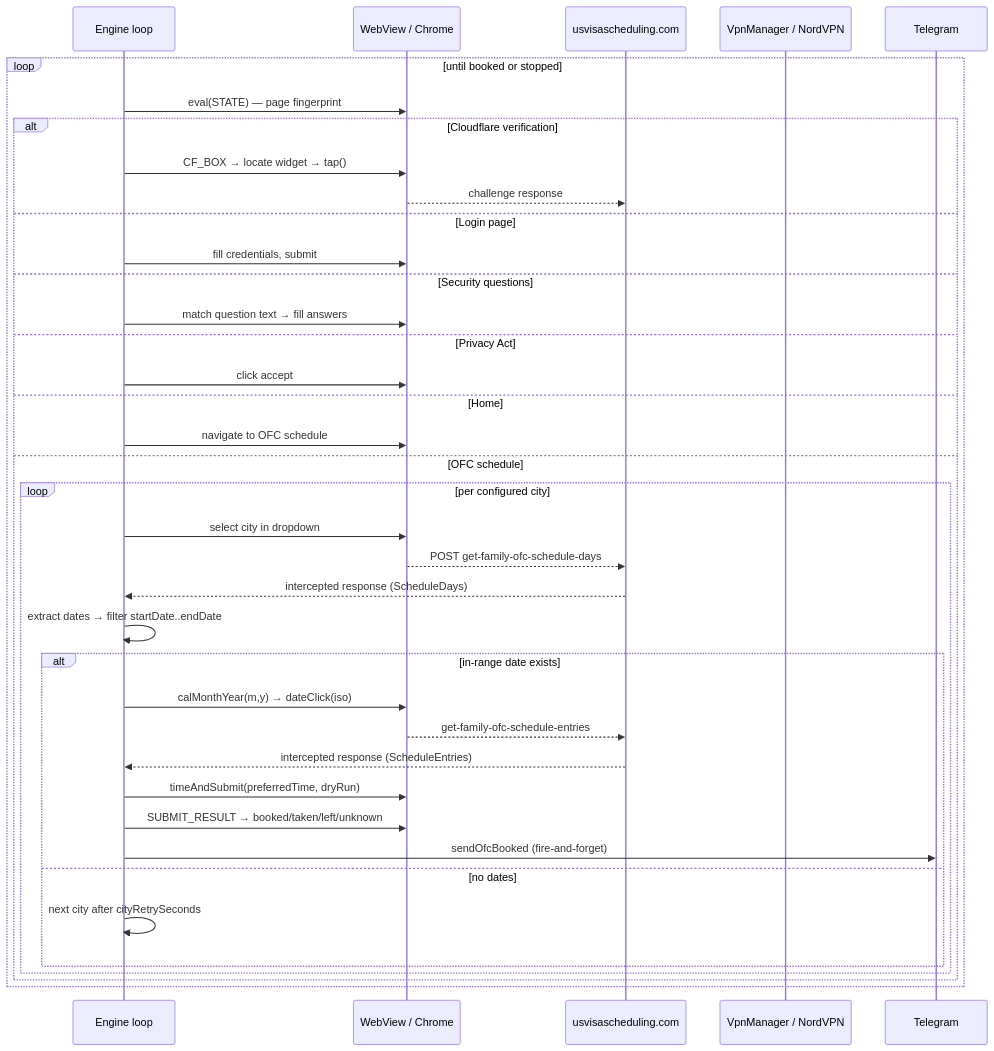
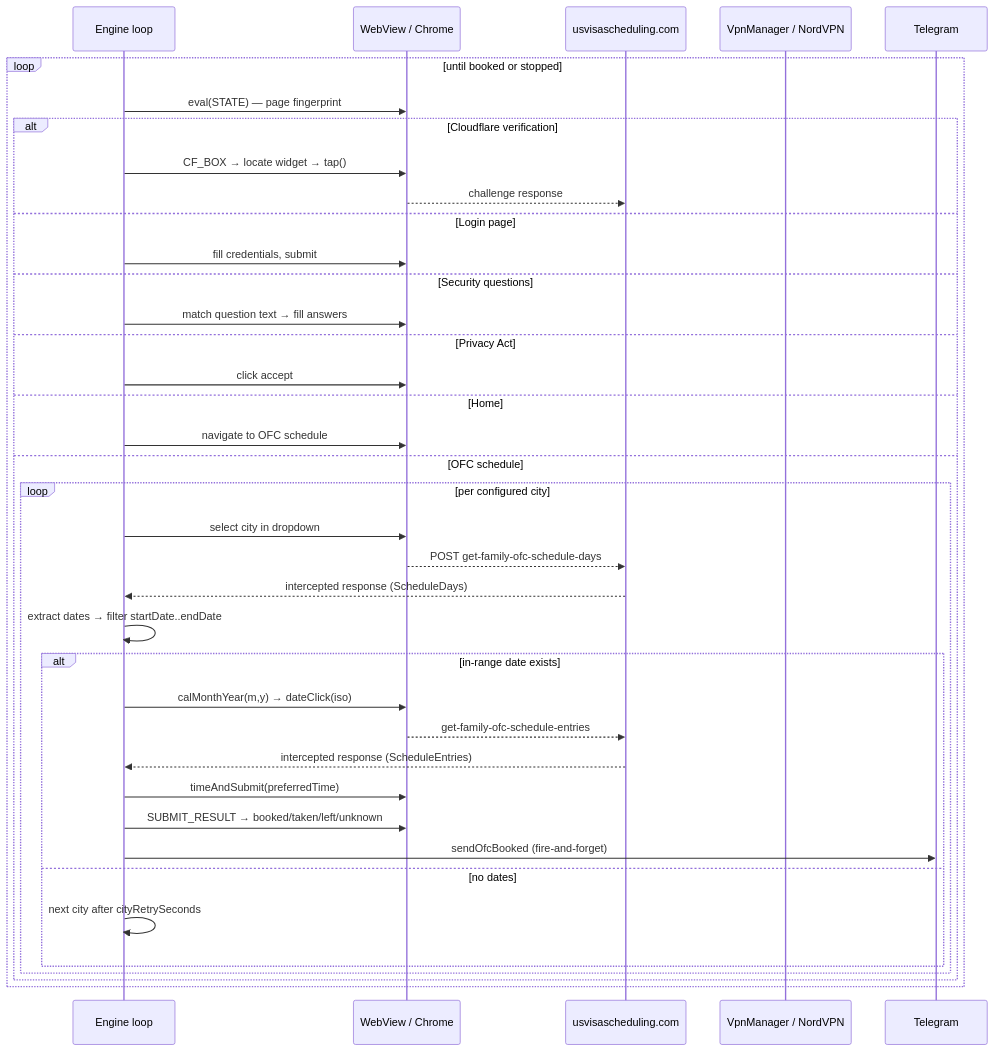
The second of 5 diagrams in docs/architecture.md (VenkatSandeeph/ivac_ind), drawn with Mermaid before and after one commit. The commit also changed 20 other files, not shown here.

````diff
--- a/docs/architecture.md
+++ b/docs/architecture.md
@@ -56,41 +56,41 @@
 ```mermaid
 sequenceDiagram
     participant E as Engine loop
     participant W as WebView / Chrome
     participant S as usvisascheduling.com
     participant V as VpnManager / NordVPN
     participant T as Telegram
 
     loop until booked or stopped
         E->>W: eval(STATE) — page fingerprint
         alt Cloudflare verification
             E->>W: CF_BOX → locate widget → tap()
             W-->>S: challenge response
         else Login page
             E->>W: fill credentials, submit
         else Security questions
             E->>W: match question text → fill answers
         else Privacy Act
             E->>W: click accept
         else Home
             E->>W: navigate to OFC schedule
         else OFC schedule
             loop per configured city
                 E->>W: select city in dropdown
                 W-->>S: POST get-family-ofc-schedule-days
                 S-->>E: intercepted response (ScheduleDays)
                 E->>E: extract dates → filter startDate..endDate
                 alt in-range date exists
                     E->>W: calMonthYear(m,y) → dateClick(iso)
                     W-->>S: get-family-ofc-schedule-entries
                     S-->>E: intercepted response (ScheduleEntries)
-                    E->>W: timeAndSubmit(preferredTime, dryRun)
+                    E->>W: timeAndSubmit(preferredTime)
                     E->>W: SUBMIT_RESULT → booked/taken/left/unknown
                     E->>T: sendOfcBooked (fire-and-forget)
                 else no dates
                     E->>E: next city after cityRetrySeconds
                 end
             end
         end
     end
 ```
````
